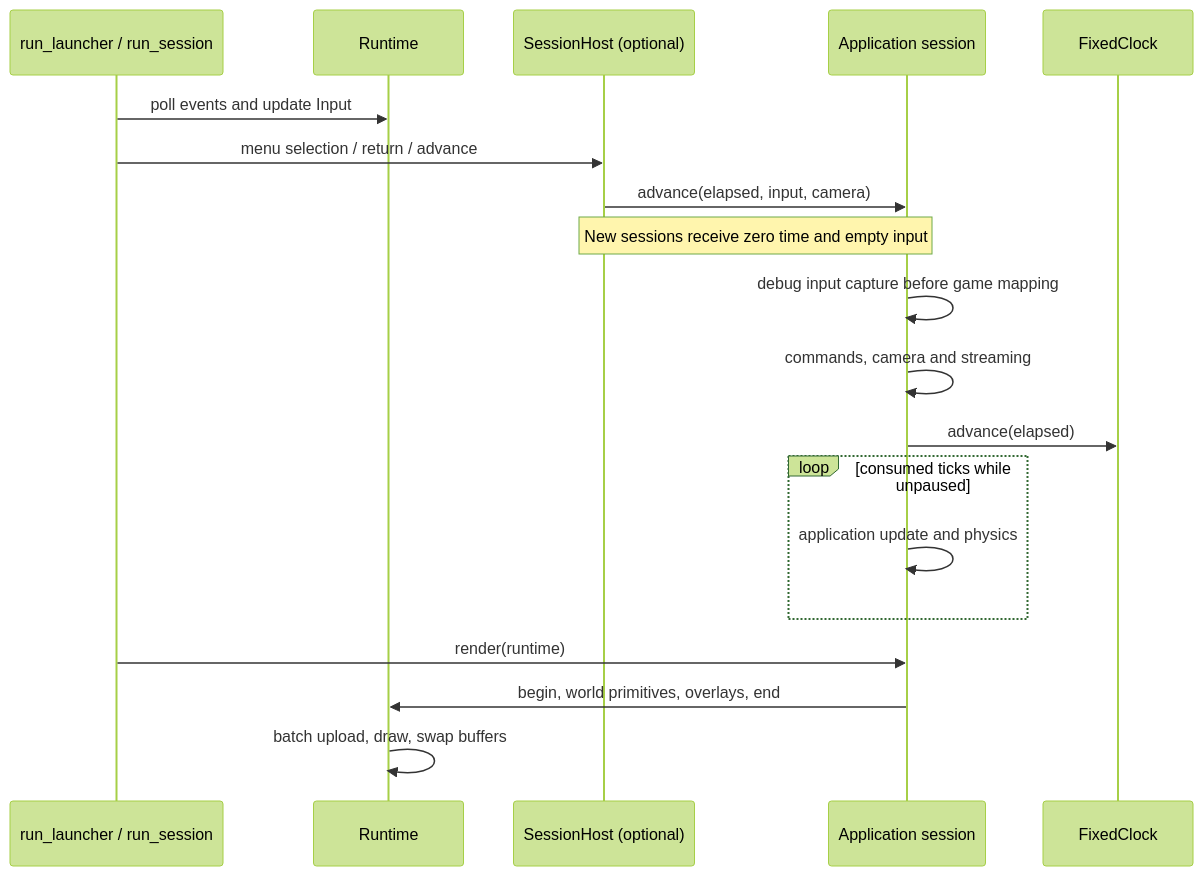
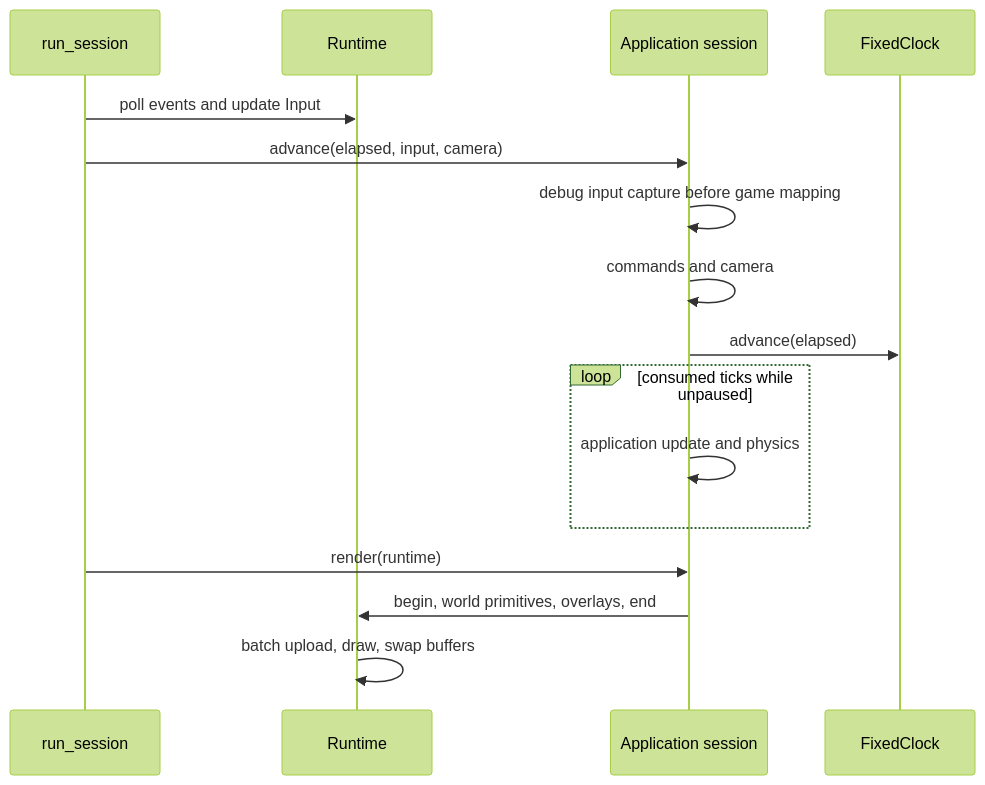
One commit to SMB-M87/Kinetra changed the fourth of 4 diagrams in docs/architecture.md. Above: the diagram before and after it, drawn with Mermaid (forest theme). The commit also changed other lines of this file and 17 other files, not shown here.

````diff
--- a/docs/architecture.md
+++ b/docs/architecture.md
@@ -81,21 +59,18 @@
 ```mermaid
 sequenceDiagram
-    participant Main as run_launcher / run_session
+    participant Main as run_session
     participant R as Runtime
-    participant H as SessionHost (optional)
     participant S as Application session
     participant C as FixedClock
     Main->>R: poll events and update Input
-    Main->>H: menu selection / return / advance
-    H->>S: advance(elapsed, input, camera)
-    Note over H,S: New sessions receive zero time and empty input
+    Main->>S: advance(elapsed, input, camera)
     S->>S: debug input capture before game mapping
-    S->>S: commands, camera and streaming
+    S->>S: commands and camera
     S->>C: advance(elapsed)
     loop consumed ticks while unpaused
         S->>S: application update and physics
     end
     Main->>S: render(runtime)
     S->>R: begin, world primitives, overlays, end
     R->>R: batch upload, draw, swap buffers
 ```
````
